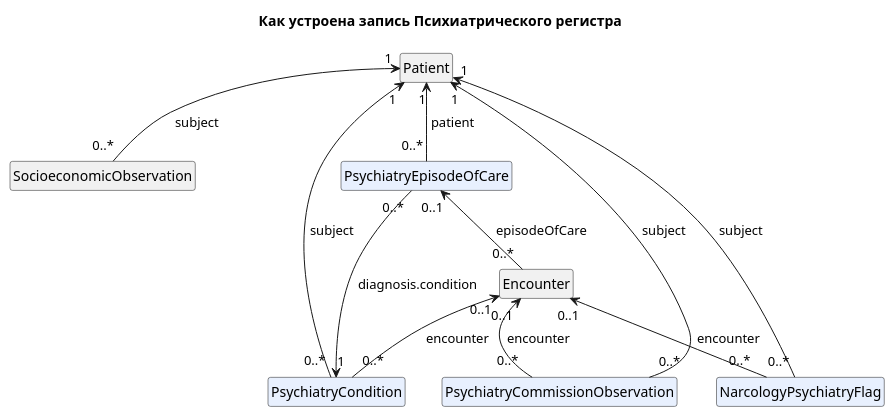
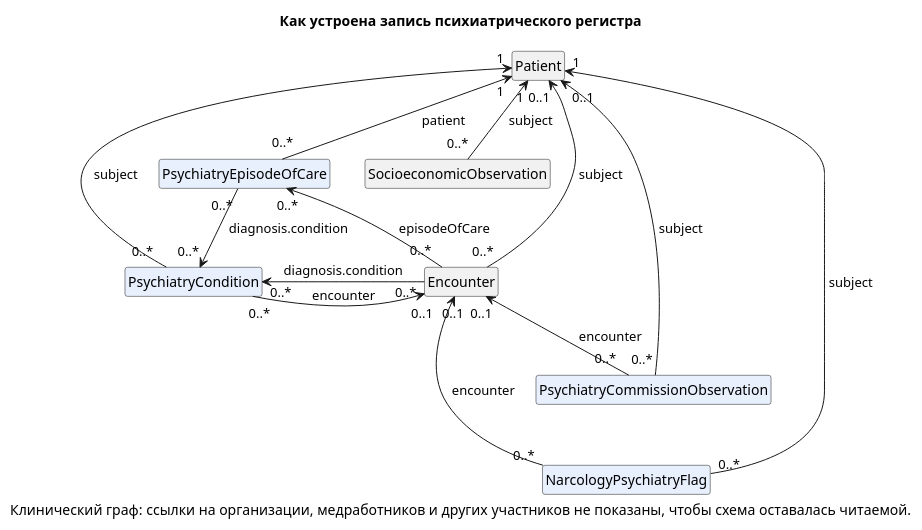
The diagram in input/images-source/psychiatry-model-ru.plantuml (icmrnbw/digital-health-integration), drawn with PlantUML before and after one commit. The commit also changed 29 other files, not shown here.

First line of the commit message:
Integration diagrams: all profiles, clinical graph (#104)

```diff
--- a/input/images-source/psychiatry-model-ru.plantuml
+++ b/input/images-source/psychiatry-model-ru.plantuml
@@ -1,25 +1,29 @@
 @startuml psychiatry-model-ru
 hide circle
 hide empty members
-title Как устроена запись Психиатрического регистра
+title Как устроена запись психиатрического регистра
 
 class Patient [[https://dhp.uz/fhir/core/StructureDefinition-uz-core-patient.html{Открыть профиль UZ Core Patient}]]
 class Encounter [[https://dhp.uz/fhir/core/StructureDefinition-uz-core-encounter.html{Открыть профиль UZ Core Encounter}]]
 class SocioeconomicObservation [[https://dhp.uz/fhir/core/StructureDefinition-uz-core-socioeconomic-observation.html{Открыть профиль UZ Core Socioeconomic Observation}]]
 class PsychiatryEpisodeOfCare [[StructureDefinition-psychiatry-episode-of-care.html{Открыть профиль PsychiatryEpisodeOfCare}]] #E8F0FE
 class PsychiatryCondition [[StructureDefinition-psychiatry-condition.html{Открыть профиль PsychiatryCondition}]] #E8F0FE
 class PsychiatryCommissionObservation [[StructureDefinition-psychiatry-commission-observation.html{Открыть профиль PsychiatryCommissionObservation}]] #E8F0FE
 class NarcologyPsychiatryFlag [[StructureDefinition-narcology-psychiatry-flag.html{Открыть профиль NarcologyPsychiatryFlag}]] #E8F0FE
 
 Patient "1" <-- "0..*" PsychiatryEpisodeOfCare : « patient »
+Patient "1" <-- "0..*" SocioeconomicObservation : « subject »
+PsychiatryEpisodeOfCare "0..*" --> "0..*" PsychiatryCondition : « diagnosis.condition »
+PsychiatryEpisodeOfCare "0..*" <-- "0..*" Encounter : « episodeOfCare »
+Patient "0..1" <-- "0..*" Encounter : « subject »
 Patient "1" <-- "0..*" PsychiatryCondition : « subject »
-Patient "1" <-- "0..*" SocioeconomicObservation : « subject »
-Patient "1" <-- "0..*" PsychiatryCommissionObservation : « subject »
+PsychiatryCondition "0..*" <-right- "0..*" Encounter : « diagnosis.condition »
+PsychiatryCondition "0..*" -right-> "0..1" Encounter : « encounter »
+Encounter "0..1" <--- "0..*" NarcologyPsychiatryFlag : « encounter »
+Encounter "0..1" <-- "0..*" PsychiatryCommissionObservation : « encounter »
 Patient "1" <-- "0..*" NarcologyPsychiatryFlag : « subject »
-PsychiatryEpisodeOfCare "0..1" <-- "0..*" Encounter : « episodeOfCare »
-PsychiatryCondition "1" <-- "0..*" PsychiatryEpisodeOfCare : « diagnosis.condition »
-Encounter "0..1" <-- "0..*" PsychiatryCondition : « encounter »
-Encounter "0..1" <-- "0..*" PsychiatryCommissionObservation : « encounter »
-Encounter "0..1" <-- "0..*" NarcologyPsychiatryFlag : « encounter »
+Patient "0..1" <-- "0..*" PsychiatryCommissionObservation : « subject »
+
+caption Клинический граф: ссылки на организации, медработников и других участников не показаны, чтобы схема оставалась читаемой.
 
 @enduml
```
